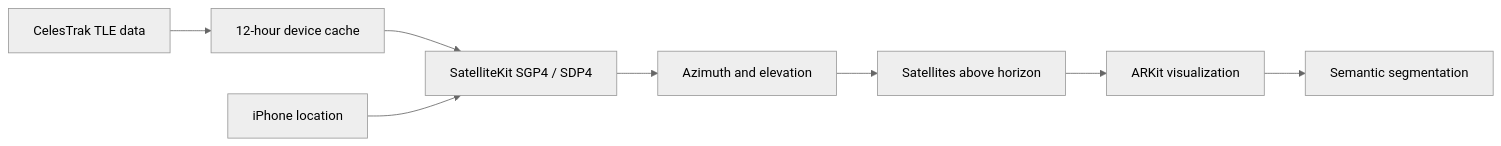
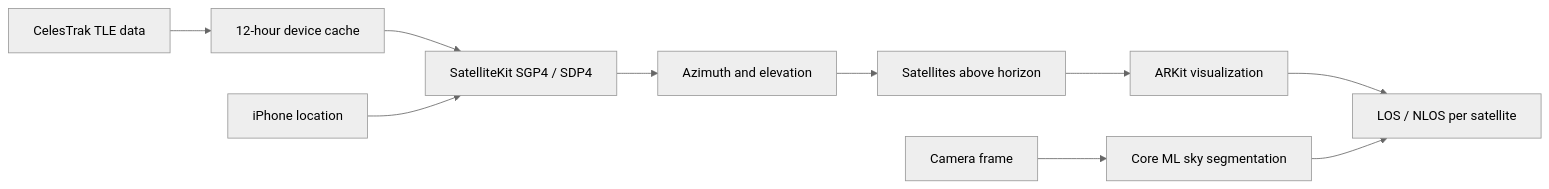
One commit to SeanBaek111/SatViewAR changed the diagram in README.md. Above: the diagram before and after it, drawn with Mermaid (neutral theme). The commit also changed other lines of this file and 3 other files, not shown here.

````diff
--- a/README.md
+++ b/README.md
@@ -31,10 +33,12 @@
 ```mermaid
 flowchart LR
     A[CelesTrak TLE data] --> B[12-hour device cache]
     B --> C[SatelliteKit SGP4 / SDP4]
     D[iPhone location] --> C
     C --> E[Azimuth and elevation]
     E --> F[Satellites above horizon]
     F --> G[ARKit visualization]
-    G --> H[Semantic segmentation]
+    H[Camera frame] --> I[Core ML sky segmentation]
+    G --> J[LOS / NLOS per satellite]
+    I --> J
 ```
````
